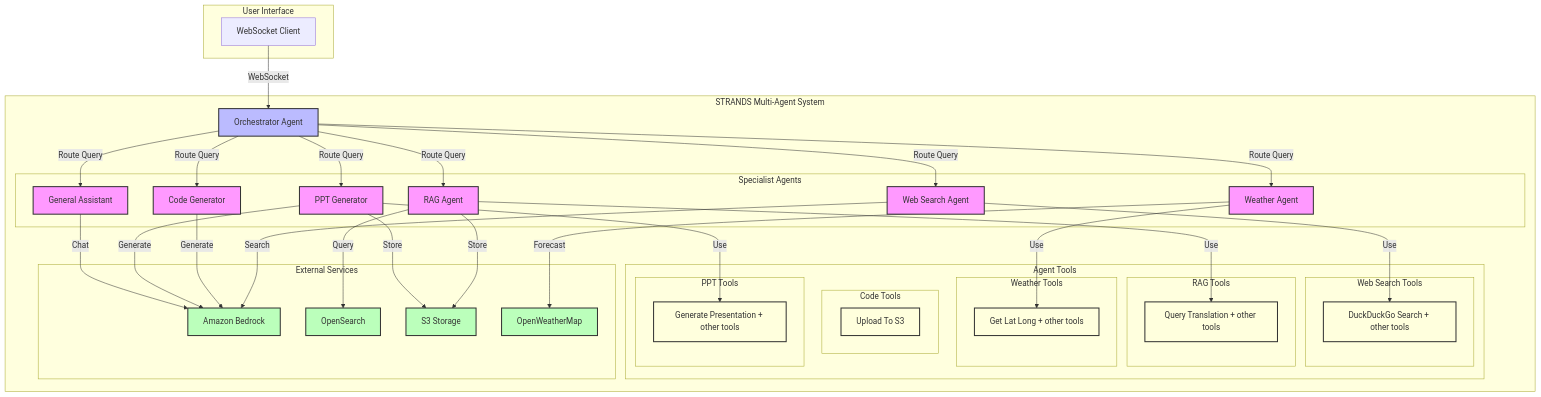
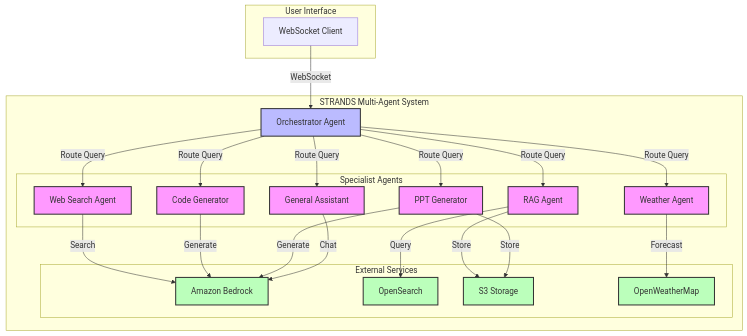
The diagram in artifacts/bedrock_lambda/query_lambda/strands_multi_agent/index.md (aws-samples/serverless-rag-demo), drawn with Mermaid before and after one commit.

````diff
--- a/artifacts/bedrock_lambda/query_lambda/strands_multi_agent/index.md
+++ b/artifacts/bedrock_lambda/query_lambda/strands_multi_agent/index.md
@@ -8,81 +8,54 @@
 ```mermaid
 graph TB
     subgraph "User Interface"
         UI[WebSocket Client]
     end
 
     subgraph "STRANDS Multi-Agent System"
         Orchestrator[Orchestrator Agent]
         
         subgraph "Specialist Agents"
             WebSearch[Web Search Agent]
             Retriever[RAG Agent]
             CodeGen[Code Generator]
             Weather[Weather Agent]
             PPTGen[PPT Generator]
             General[General Assistant]
         end
 
-        subgraph "Agent Tools"
-            subgraph "Web Search Tools"
-                DuckDuckGo[DuckDuckGo Search + other tools]                
-            end
-
-            subgraph "RAG Tools"
-                QueryTranslation[Query Translation + other tools]
-            end
-
-            subgraph "Code Tools"
-                UploadToS3[Upload To S3]
-            end
-
-            subgraph "Weather Tools"
-                GetLatLong[Get Lat Long + other tools]
-            end
-
-            subgraph "PPT Tools"
-                GeneratePPT[Generate Presentation + other tools]
-            end
-
-        end
 
         subgraph "External Services"
             Bedrock[Amazon Bedrock]
             OpenSearch[OpenSearch]
             S3[S3 Storage]
             WeatherAPI[OpenWeatherMap]
         end
     end
 
     UI -->|WebSocket| Orchestrator
     Orchestrator -->|Route Query| WebSearch
     Orchestrator -->|Route Query| Retriever
     Orchestrator -->|Route Query| CodeGen
     Orchestrator -->|Route Query| Weather
     Orchestrator -->|Route Query| PPTGen
     Orchestrator -->|Route Query| General
 
-    WebSearch -->|Use| DuckDuckGo
-    Retriever -->|Use| QueryTranslation
-    Weather -->|Use| GetLatLong
-    PPTGen -->|Use| GeneratePPT
     
     WebSearch -->|Search| Bedrock
     Retriever -->|Query| OpenSearch
     Retriever -->|Store| S3
     CodeGen -->|Generate| Bedrock
     Weather -->|Forecast| WeatherAPI
     PPTGen -->|Generate| Bedrock
     PPTGen -->|Store| S3
     General -->|Chat| Bedrock
 
     classDef agent fill:#f9f,stroke:#333,stroke-width:2px
     classDef tool fill:#ffd,stroke:#333,stroke-width:2px
     classDef service fill:#bbf,stroke:#333,stroke-width:2px
     classDef external fill:#bfb,stroke:#333,stroke-width:2px
     
     class WebSearch,Retriever,CodeGen,Weather,PPTGen,General agent
-    class DuckDuckGo,Wikipedia,YahooFinance,Summarizer,QueryTranslation,QueryRewrite,FetchData,UploadToS3,GetLatLong,GetWeather,GeneratePPT tool
     class Orchestrator service
     class Bedrock,OpenSearch,S3,WeatherAPI external
 ```
````
